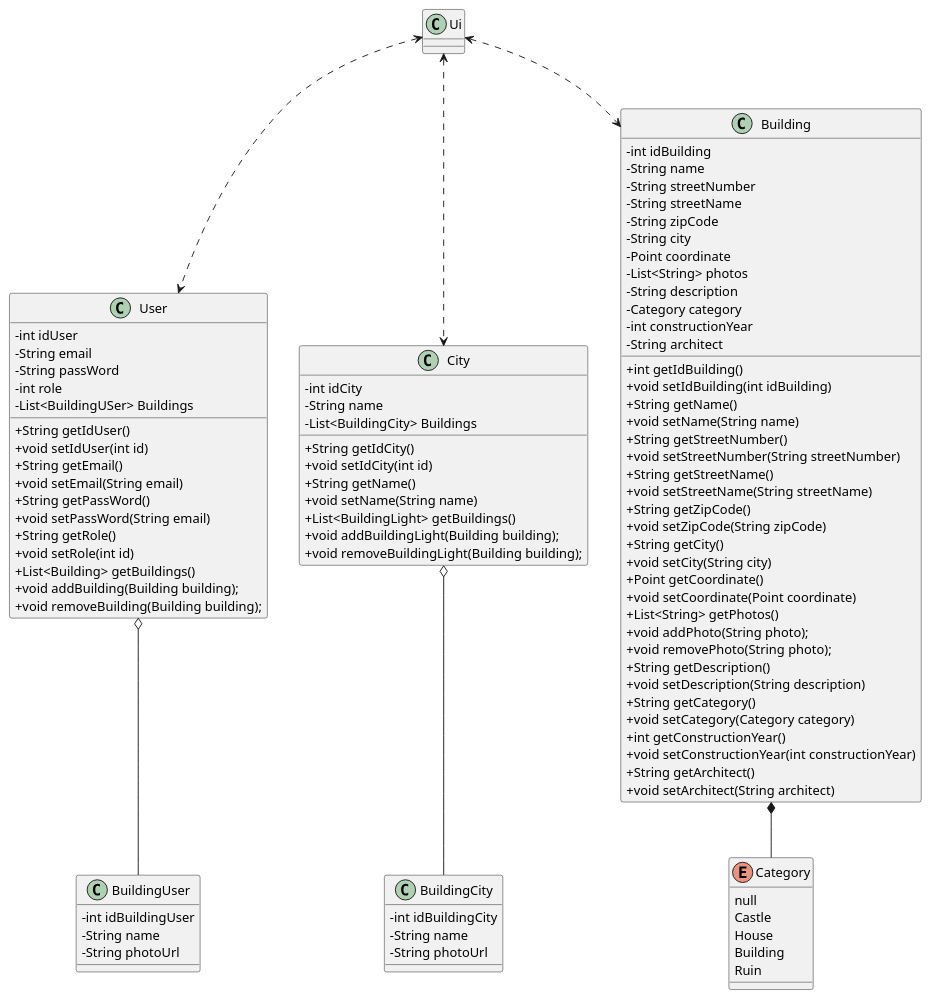
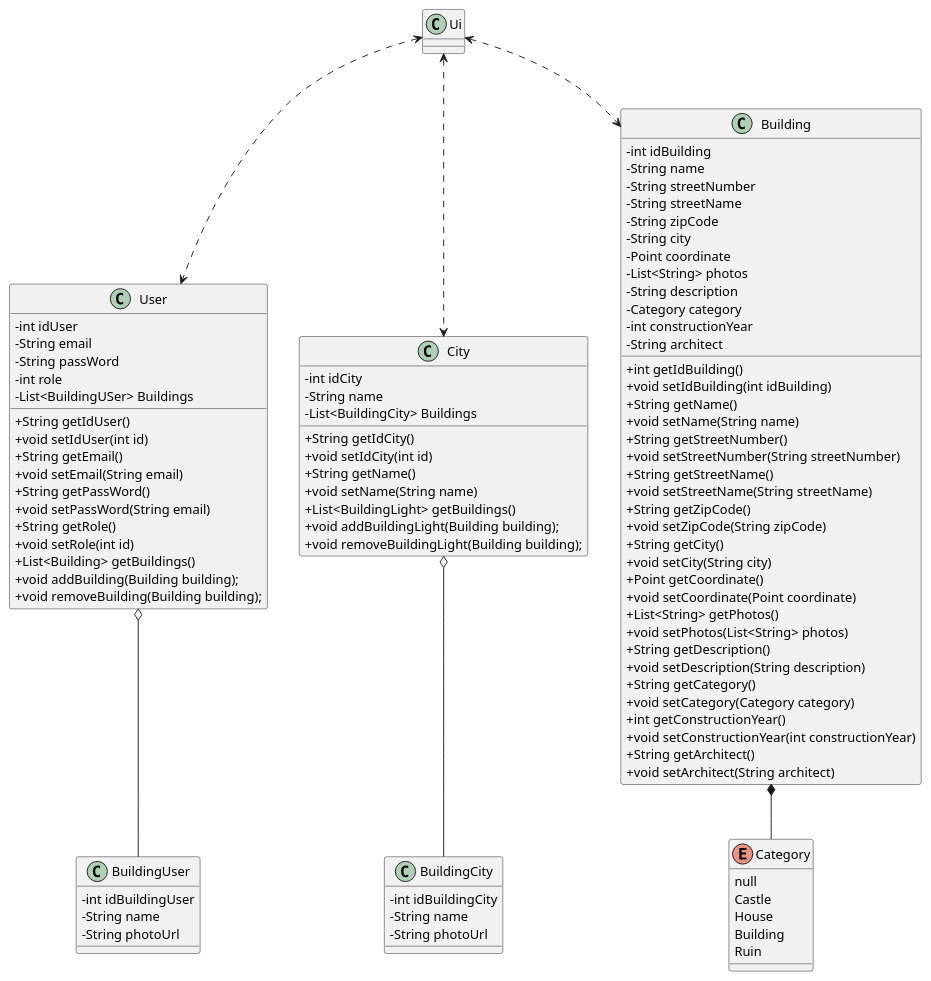
Before and after one commit to chris-tophe/CecChrRap: the first of 4 diagrams in Model.plantuml, drawn with PlantUML.

```diff
--- a/Model.plantuml
+++ b/Model.plantuml
@@ -1,108 +1,107 @@
 @startuml Model3
 skinparam classAttributeIconSize 0
 
 User o-- BuildingUser
 City o-- BuildingCity
 Building *-- Category
 Ui <..> User
 Ui <..> City
 Ui <..> Building
 
 class User{
     - int idUser
     - String email
     - String passWord
     - int role
     - List<BuildingUSer> Buildings
 
     + String getIdUser()
     + void setIdUser(int id)
     + String getEmail()
     + void setEmail(String email)
     + String getPassWord()
     + void setPassWord(String email)
     + String getRole()
     + void setRole(int id)
     + List<Building> getBuildings()
     + void addBuilding(Building building);
     + void removeBuilding(Building building);
 }
 
 class BuildingUser{
     - int idBuildingUser
     - String name
     - String photoUrl
 }
 
 class City{
     - int idCity
     - String name
     - List<BuildingCity> Buildings
 
     + String getIdCity()
     + void setIdCity(int id)
     + String getName()
     + void setName(String name)
     + List<BuildingLight> getBuildings()
     + void addBuildingLight(Building building);
     + void removeBuildingLight(Building building);
 }
 
 class BuildingCity{
     - int idBuildingCity
     - String name
     - String photoUrl
 
 }
 
 class Building{
     - int idBuilding
     - String name
     - String streetNumber
     - String streetName
     - String zipCode
     - String city
     - Point coordinate
     - List<String> photos
     - String description
     - Category category
     - int constructionYear
     - String architect
 
     + int getIdBuilding()
     + void setIdBuilding(int idBuilding)
     + String getName()
     + void setName(String name)
     + String getStreetNumber()
     + void setStreetNumber(String streetNumber)
     + String getStreetName()
     + void setStreetName(String streetName)
     + String getZipCode()
     + void setZipCode(String zipCode)
     + String getCity()
     + void setCity(String city)
     + Point getCoordinate()
     + void setCoordinate(Point coordinate)
     + List<String> getPhotos()
-    + void addPhoto(String photo);
-    + void removePhoto(String photo);
+    + void setPhotos(List<String> photos)
     + String getDescription()
     + void setDescription(String description)
     + String getCategory()
     + void setCategory(Category category)
     + int getConstructionYear()
     + void setConstructionYear(int constructionYear)
     + String getArchitect()
     + void setArchitect(String architect)
 
 }
 
 enum Category{
     null
     Castle
     House
     Building
     Ruin
 }
 
 @enduml
```
